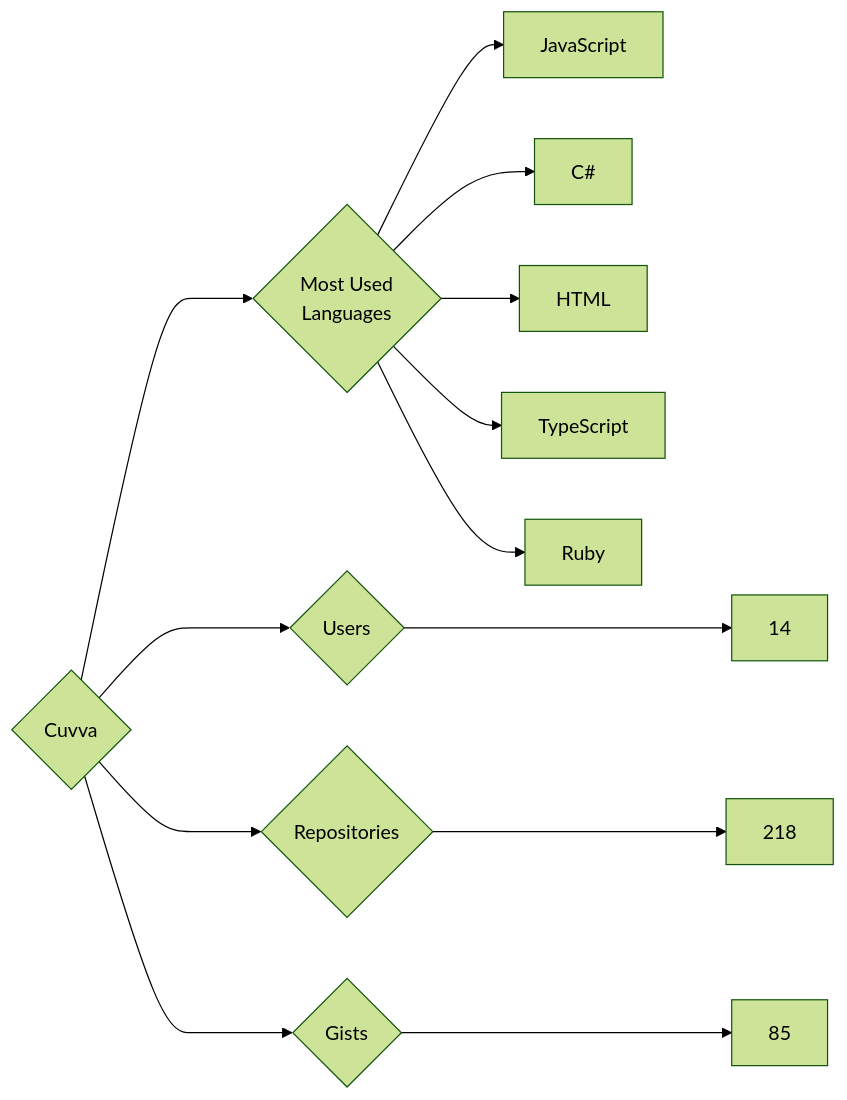
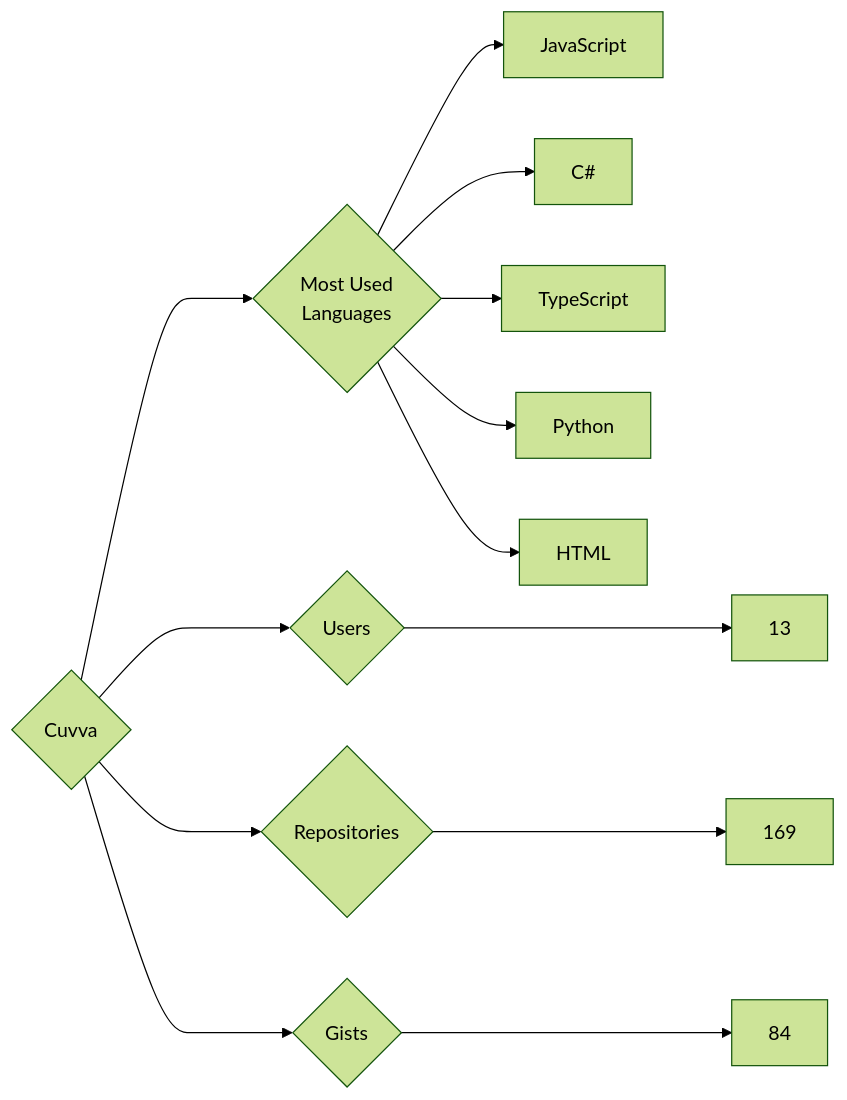
The diagram in targets/Cuvva/README.md (trickest/insiders), drawn with Mermaid (forest theme) before and after one commit. The commit also changed 924 other files, not shown here.

````diff
--- a/targets/Cuvva/README.md
+++ b/targets/Cuvva/README.md
@@ -3,13 +3,13 @@
 ```mermaid
 graph LR
 COMPANY_NAME{Cuvva}
-COMPANY_NAME ---> U{Users} ---> UN[14]
-COMPANY_NAME ---> R{Repositories} ---> RN[218]
-COMPANY_NAME ---> G{Gists} ---> GN[85]
+COMPANY_NAME ---> U{Users} ---> UN[13]
+COMPANY_NAME ---> R{Repositories} ---> RN[169]
+COMPANY_NAME ---> G{Gists} ---> GN[84]
 COMPANY_NAME ---> ML{Most Used<br>Languages}
 ML --> JavaScript[JavaScript]
 ML --> C#[C#]
+ML --> TypeScript[TypeScript]
+ML --> Python[Python]
 ML --> HTML[HTML]
-ML --> TypeScript[TypeScript]
-ML --> Ruby[Ruby]
 ```
````
